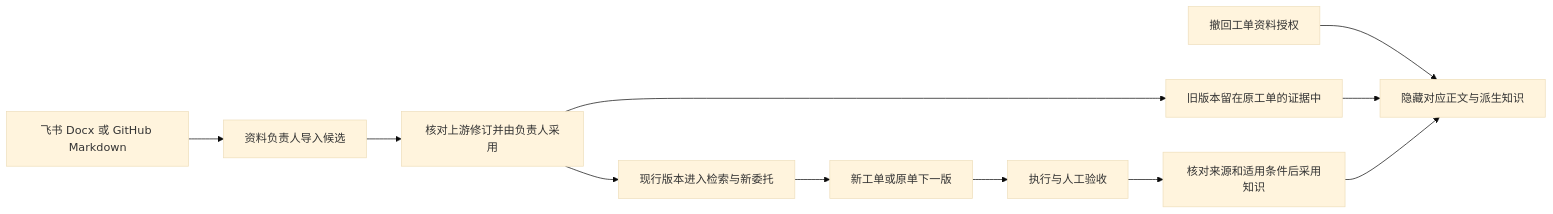
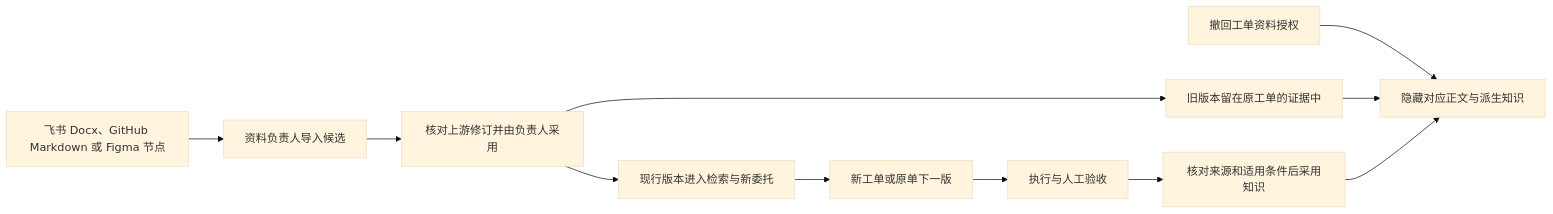
Before and after one commit to zhegong-996/Contractor: the diagram in docs/KNOWLEDGE-VERSIONS.md, drawn with Mermaid (base theme). The commit also changed other lines of this file and 14 other files, not shown here.

````diff
--- a/docs/KNOWLEDGE-VERSIONS.md
+++ b/docs/KNOWLEDGE-VERSIONS.md
@@ -5,13 +5,13 @@
 ```mermaid
 flowchart LR
-    A[飞书 Docx 或 GitHub Markdown] --> B[资料负责人导入候选]
+    A[飞书 Docx、GitHub Markdown 或 Figma 节点] --> B[资料负责人导入候选]
     B --> C[核对上游修订并由负责人采用]
     C --> D[现行版本进入检索与新委托]
     C --> E[旧版本留在原工单的证据中]
     D --> F[新工单或原单下一版]
     F --> G[执行与人工验收]
     G --> H[核对来源和适用条件后采用知识]
     I[撤回工单资料授权] --> J[隐藏对应正文与派生知识]
     E --> J
     H --> J
 ```
````
